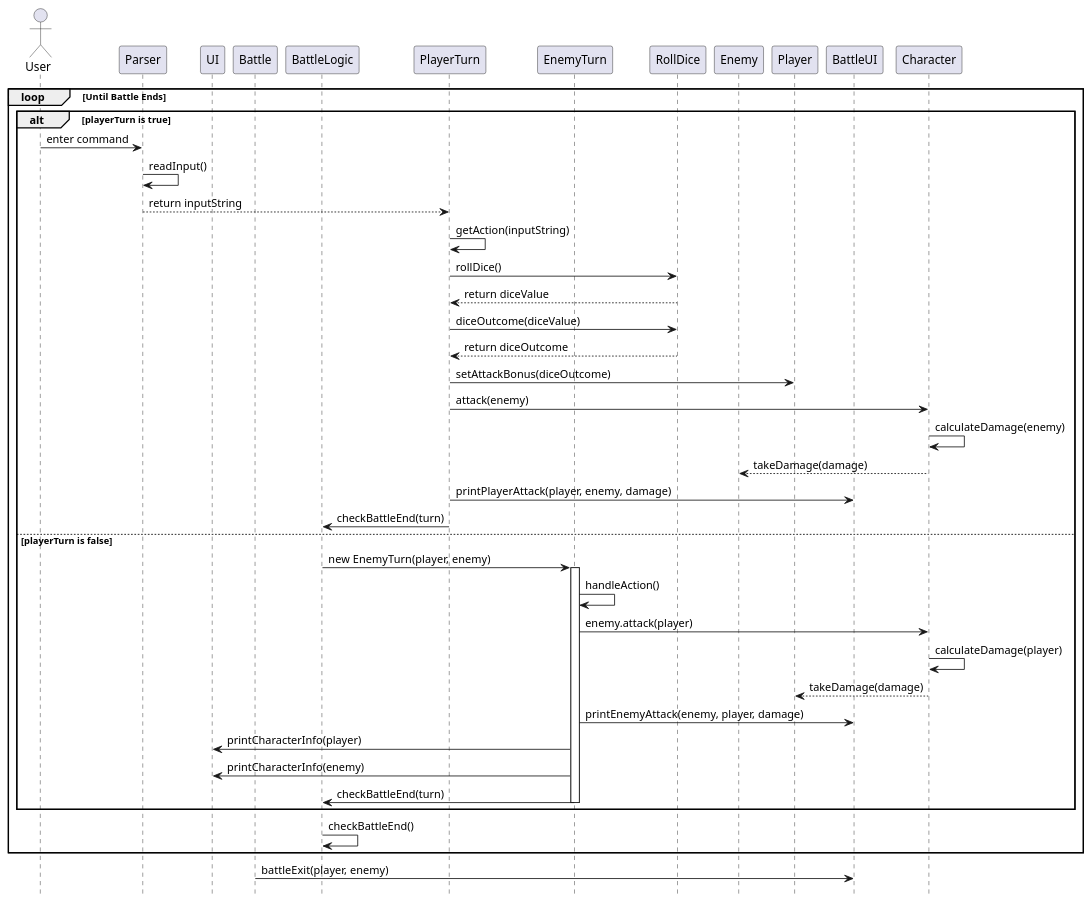
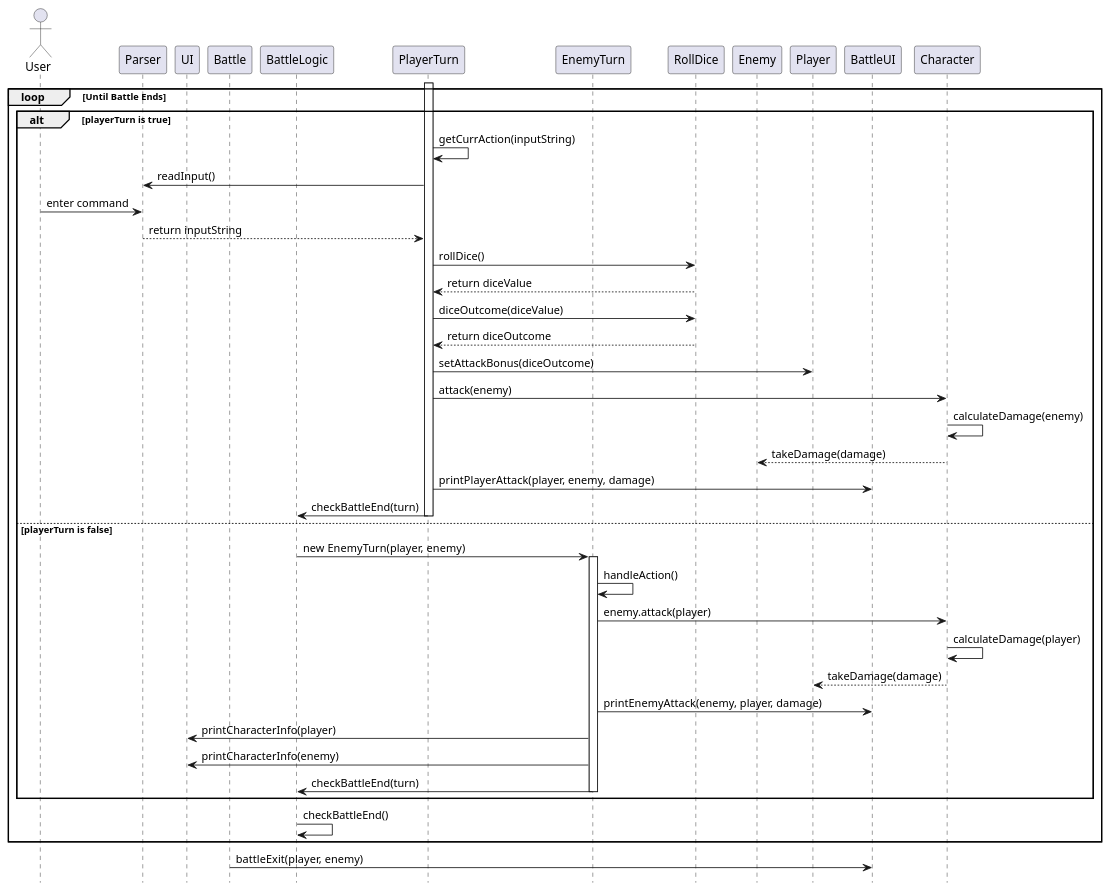
Before and after one commit to zavsky/tp: the diagram in docs/diagrams/attackSequence.puml, drawn with PlantUML. The commit also changed 7 other files, not shown here.

First line of the commit message:
update dg and diagram according to member's comment

```diff
--- a/docs/diagrams/attackSequence.puml
+++ b/docs/diagrams/attackSequence.puml
@@ -1,65 +1,67 @@
 @startuml
 hide footbox
 
 actor User
 participant "Parser" as Parser
 participant "UI" as UI
 participant "Battle" as Battle
 participant "BattleLogic" as BattleLogic
 participant "PlayerTurn" as PlayerTurn
 participant "EnemyTurn" as EnemyTurn
 participant "RollDice" as RollDice
 participant "Enemy" as Enemy
 participant "Player" as Player
 participant "BattleUI" as BattleUI
 participant "Character" as Character
 
 
 
 loop Until Battle Ends
 
     alt playerTurn is true
 
+        activate PlayerTurn
+        PlayerTurn -> PlayerTurn: getCurrAction(inputString)
+        PlayerTurn -> Parser: readInput()
         User -> Parser: enter command
-        Parser -> Parser: readInput()
         Parser --> PlayerTurn: return inputString
-        PlayerTurn -> PlayerTurn: getAction(inputString)
+
 
 
         PlayerTurn -> RollDice: rollDice()
         RollDice --> PlayerTurn: return diceValue
         PlayerTurn -> RollDice: diceOutcome(diceValue)
         RollDice --> PlayerTurn: return diceOutcome
 
         PlayerTurn -> Player: setAttackBonus(diceOutcome)
         PlayerTurn -> Character: attack(enemy)
         Character -> Character: calculateDamage(enemy)
         Character --> Enemy: takeDamage(damage)
         PlayerTurn -> BattleUI: printPlayerAttack(player, enemy, damage)
 
         PlayerTurn -> BattleLogic: checkBattleEnd(turn)
         deactivate PlayerTurn
 
     else playerTurn is false
         BattleLogic -> EnemyTurn: new EnemyTurn(player, enemy)
         activate EnemyTurn
 
         EnemyTurn -> EnemyTurn: handleAction()
         EnemyTurn -> Character: enemy.attack(player)
         Character -> Character: calculateDamage(player)
         Character --> Player: takeDamage(damage)
 
         EnemyTurn -> BattleUI: printEnemyAttack(enemy, player, damage)
 
         EnemyTurn -> UI: printCharacterInfo(player)
         EnemyTurn -> UI: printCharacterInfo(enemy)
         EnemyTurn -> BattleLogic: checkBattleEnd(turn)
         deactivate EnemyTurn
     end
 
     BattleLogic -> BattleLogic: checkBattleEnd()
 end
 deactivate BattleLogic
 Battle -> BattleUI: battleExit(player, enemy)
 
 @enduml
```
